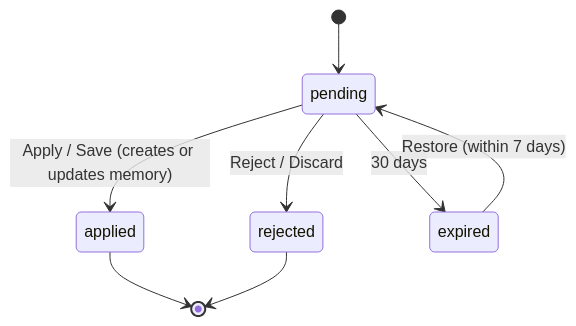
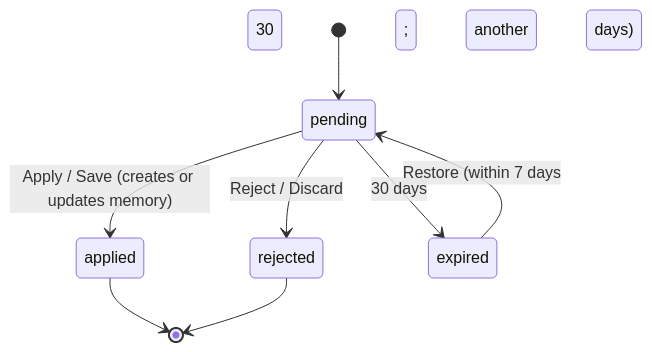
The third of 4 diagrams in spec/domain/domain-model.md (bereciartua/funes-vault-app), drawn with Mermaid before and after one commit. The commit also changed 8 other files, not shown here.

````diff
--- a/spec/domain/domain-model.md
+++ b/spec/domain/domain-model.md
@@ -201,10 +201,10 @@
 ```mermaid
 stateDiagram-v2
     [*] --> pending
     pending --> applied: Apply / Save (creates or updates memory)
     pending --> rejected: Reject / Discard
     pending --> expired: 30 days
-    expired --> pending: Restore (within 7 days)
+    expired --> pending: Restore (within 7 days; another 30 days)
     applied --> [*]
     rejected --> [*]
 ```
````
